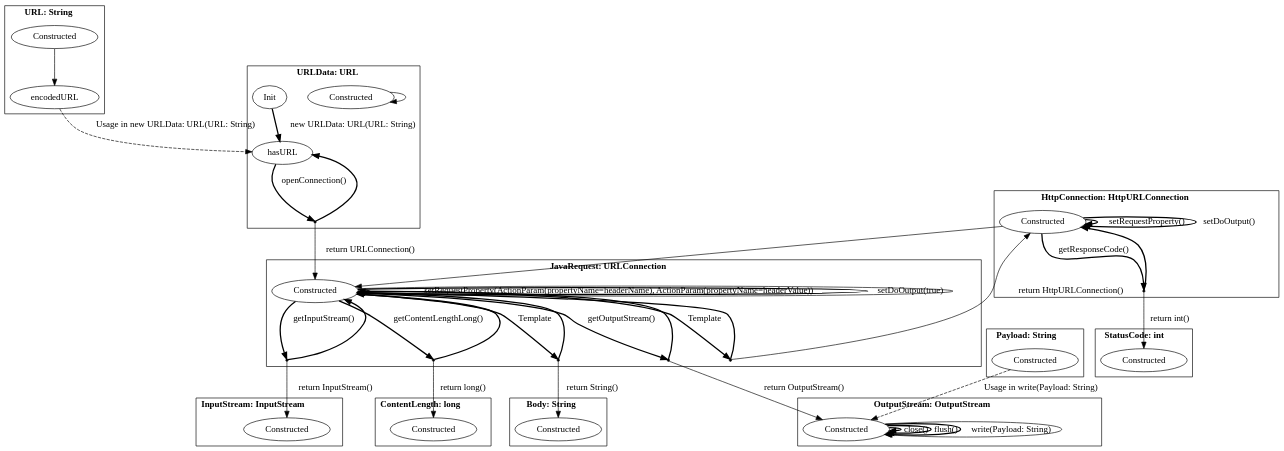
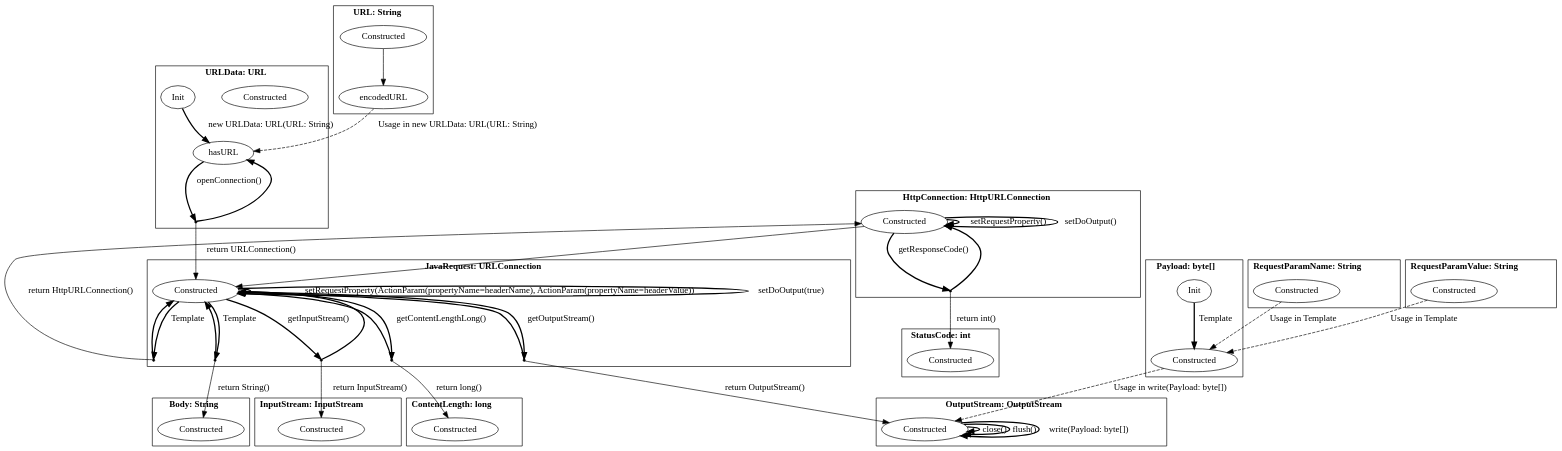
The diagram in pictures/java.dot (h31/LibraryMigration), drawn with Graphviz before and after one commit. The commit also changed 12 other files, not shown here.

```diff
--- a/pictures/java.dot
+++ b/pictures/java.dot
@@ -1,89 +1,98 @@
 digraph G {
     bgcolor="transparent";
     subgraph cluster0 {
     label = <<B>URL: String</B>>;
         Constructed_URL [ label="Constructed" ];
         encodedURL_URL [ label="encodedURL" ];
     }
     subgraph cluster1 {
     label = <<B>URLData: URL</B>>;
         Constructed_URLData [ label="Constructed" ];
         hasURL_URLData [ label="hasURL" ];
         Init_URLData [ label="Init" ];
         virtual0 [ shape = point ];
     }
     subgraph cluster2 {
     label = <<B>JavaRequest: URLConnection</B>>;
         Constructed_JavaRequest [ label="Constructed" ];
         virtual1 [ shape = point ];
         virtual2 [ shape = point ];
         virtual3 [ shape = point ];
         virtual4 [ shape = point ];
         virtual5 [ shape = point ];
     }
     subgraph cluster3 {
     label = <<B>Body: String</B>>;
         Constructed_Body [ label="Constructed" ];
     }
     subgraph cluster4 {
     label = <<B>InputStream: InputStream</B>>;
         Constructed_InputStream [ label="Constructed" ];
     }
     subgraph cluster5 {
     label = <<B>ContentLength: long</B>>;
         Constructed_ContentLength [ label="Constructed" ];
     }
     subgraph cluster6 {
     label = <<B>StatusCode: int</B>>;
         Constructed_StatusCode [ label="Constructed" ];
     }
     subgraph cluster7 {
     label = <<B>HttpConnection: HttpURLConnection</B>>;
         Constructed_HttpConnection [ label="Constructed" ];
         virtual6 [ shape = point ];
     }
     subgraph cluster8 {
     label = <<B>OutputStream: OutputStream</B>>;
         Constructed_OutputStream [ label="Constructed" ];
     }
     subgraph cluster9 {
-    label = <<B>Payload: String</B>>;
+    label = <<B>Payload: byte[]</B>>;
         Constructed_Payload [ label="Constructed" ];
+        Init_Payload [ label="Init" ];
+    }
+    subgraph cluster10 {
+    label = <<B>RequestParamName: String</B>>;
+        Constructed_RequestParamName [ label="Constructed" ];
+    }
+    subgraph cluster11 {
+    label = <<B>RequestParamValue: String</B>>;
+        Constructed_RequestParamValue [ label="Constructed" ];
     }
         Constructed_URL -> encodedURL_URL [ label="", style = "solid"  ];
         encodedURL_URL -> hasURL_URLData [ label="Usage in new URLData: URL(URL: String)", style = "dashed"  ];
         Init_URLData -> hasURL_URLData [ label="new URLData: URL(URL: String)", style = "bold"  ];
         hasURL_URLData -> virtual0 [ style = "bold" label="openConnection()"  ];
         virtual0 -> hasURL_URLData [ style = "bold"  ];
         virtual0 -> Constructed_JavaRequest [ label="return URLConnection()"  ];
-        Constructed_URLData -> Constructed_URLData [ label="", style = "solid"  ];
         Constructed_JavaRequest -> virtual1 [ style = "bold" label="Template"  ];
         virtual1 -> Constructed_JavaRequest [ style = "bold"  ];
         virtual1 -> Constructed_Body [ label="return String()"  ];
         Constructed_JavaRequest -> virtual2 [ style = "bold" label="getInputStream()"  ];
         virtual2 -> Constructed_JavaRequest [ style = "bold"  ];
         virtual2 -> Constructed_InputStream [ label="return InputStream()"  ];
         Constructed_JavaRequest -> Constructed_JavaRequest [ label="setRequestProperty(ActionParam(propertyName&#x3D;headerName), ActionParam(propertyName&#x3D;headerValue))", style = "bold"  ];
         Constructed_JavaRequest -> Constructed_JavaRequest [ label="setDoOutput(true)", style = "bold"  ];
         Constructed_JavaRequest -> virtual3 [ style = "bold" label="getContentLengthLong()"  ];
         virtual3 -> Constructed_JavaRequest [ style = "bold"  ];
         virtual3 -> Constructed_ContentLength [ label="return long()"  ];
         Constructed_JavaRequest -> virtual4 [ style = "bold" label="getOutputStream()"  ];
         virtual4 -> Constructed_JavaRequest [ style = "bold"  ];
         virtual4 -> Constructed_OutputStream [ label="return OutputStream()"  ];
         Constructed_JavaRequest -> virtual5 [ style = "bold" label="Template"  ];
         virtual5 -> Constructed_JavaRequest [ style = "bold"  ];
         virtual5 -> Constructed_HttpConnection [ label="return HttpURLConnection()"  ];
-        Constructed_JavaRequest -> Constructed_JavaRequest [ label="", style = "solid"  ];
         Constructed_HttpConnection -> Constructed_JavaRequest [ label="", style = "solid"  ];
         Constructed_HttpConnection -> virtual6 [ style = "bold" label="getResponseCode()"  ];
         virtual6 -> Constructed_HttpConnection [ style = "bold"  ];
         virtual6 -> Constructed_StatusCode [ label="return int()"  ];
         Constructed_HttpConnection -> Constructed_HttpConnection [ label="setRequestProperty()", style = "bold"  ];
         Constructed_HttpConnection -> Constructed_HttpConnection [ label="setDoOutput()", style = "bold"  ];
         Constructed_OutputStream -> Constructed_OutputStream [ label="close()", style = "bold"  ];
         Constructed_OutputStream -> Constructed_OutputStream [ label="flush()", style = "bold"  ];
-        Constructed_OutputStream -> Constructed_OutputStream [ label="write(Payload: String)", style = "bold"  ];
-        Constructed_OutputStream -> Constructed_OutputStream [ label="", style = "solid"  ];
-        Constructed_Payload -> Constructed_OutputStream [ label="Usage in write(Payload: String)", style = "dashed"  ];
+        Constructed_OutputStream -> Constructed_OutputStream [ label="write(Payload: byte[])", style = "bold"  ];
+        Init_Payload -> Constructed_Payload [ label="Template", style = "bold"  ];
+        Constructed_Payload -> Constructed_OutputStream [ label="Usage in write(Payload: byte[])", style = "dashed"  ];
+        Constructed_RequestParamName -> Constructed_Payload [ label="Usage in Template", style = "dashed"  ];
+        Constructed_RequestParamValue -> Constructed_Payload [ label="Usage in Template", style = "dashed"  ];
 }
```
